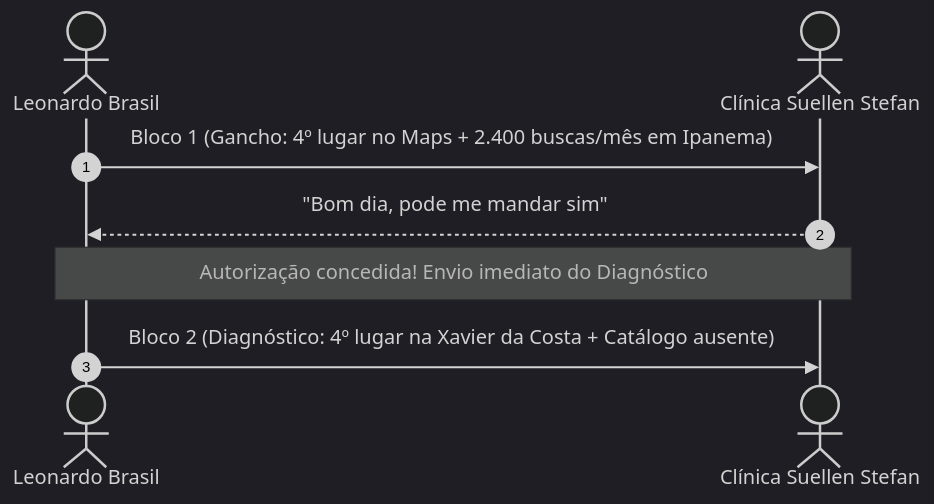
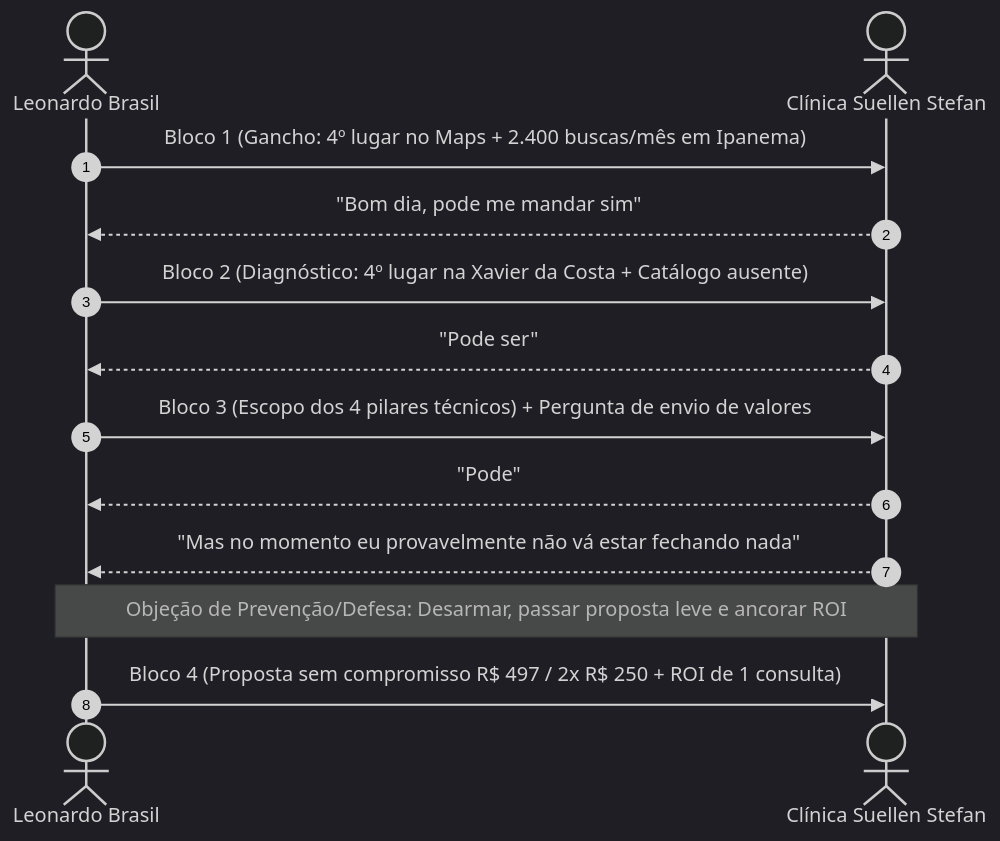
One commit to leoferrazdev/leonardo-brasil changed the diagram in cofre-leonardo-brasil/30 - Comercial e CRM/04 - Negociações Ativas (Rodada 02)/V-001 - Clínica Veterinária Suellen Stefan.md. Above: the diagram before and after it, drawn with Mermaid (dark theme). The commit also changed other lines of this file, not shown here.

Commit message:
docs(vault): update Suellen Stefan negotiation with objection handling script

````diff
--- a/cofre-leonardo-brasil/30 - Comercial e CRM/04 - Negociações Ativas (Rodada 02)/V-001 - Clínica Veterinária Suellen Stefan.md
+++ b/cofre-leonardo-brasil/30 - Comercial e CRM/04 - Negociações Ativas (Rodada 02)/V-001 - Clínica Veterinária Suellen Stefan.md
@@ -47,11 +47,16 @@
 ```mermaid
 sequenceDiagram
     autonumber
     actor Leo as Leonardo Brasil
     actor Suellen as Clínica Suellen Stefan
     
     Leo->>Suellen: Bloco 1 (Gancho: 4º lugar no Maps + 2.400 buscas/mês em Ipanema)
     Suellen-->>Leo: "Bom dia, pode me mandar sim"
-    Note over Leo,Suellen: Autorização concedida! Envio imediato do Diagnóstico
     Leo->>Suellen: Bloco 2 (Diagnóstico: 4º lugar na Xavier da Costa + Catálogo ausente)
+    Suellen-->>Leo: "Pode ser"
+    Leo->>Suellen: Bloco 3 (Escopo dos 4 pilares técnicos) + Pergunta de envio de valores
+    Suellen-->>Leo: "Pode"
+    Suellen-->>Leo: "Mas no momento eu provavelmente não vá estar fechando nada"
+    Note over Leo,Suellen: Objeção de Prevenção/Defesa: Desarmar, passar proposta leve e ancorar ROI
+    Leo->>Suellen: Bloco 4 (Proposta sem compromisso R$ 497 / 2x R$ 250 + ROI de 1 consulta)
 ```
````
